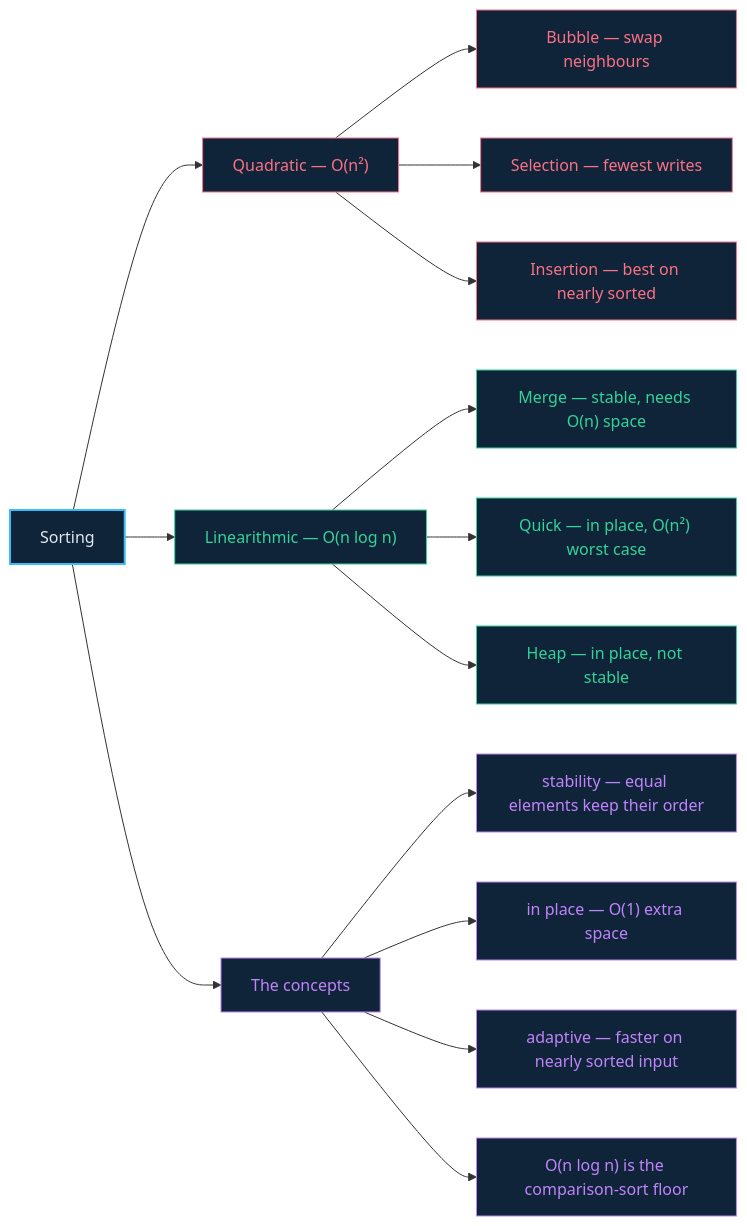
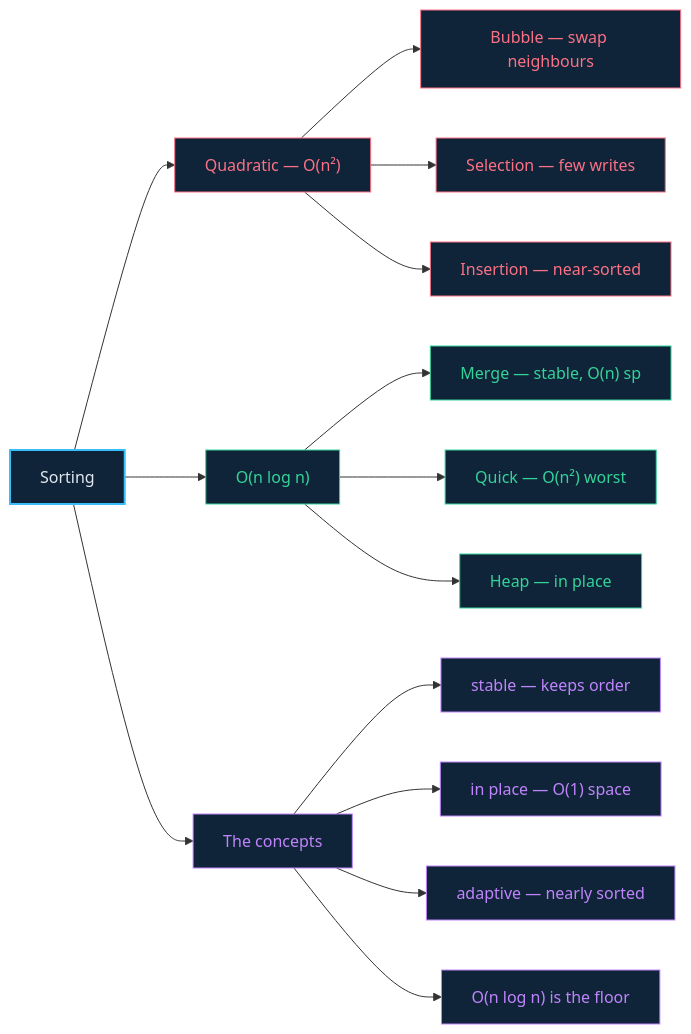
One commit to rajeshgoyalg/Learn-Data-Structures-and-Algorithms-Visually changed the diagram in docs/15-sorting.md. Above: the diagram before and after it, drawn with Mermaid. The commit also changed 21 other files, not shown here.

First line of the commit message:
Shorten every mermaid label so diagrams cannot overflow and clip

````diff
--- a/docs/15-sorting.md
+++ b/docs/15-sorting.md
@@ -61,28 +61,28 @@
 ```mermaid
 flowchart LR
   S["Sorting"] --> Q["Quadratic — O(n²)"]
-  S --> N["Linearithmic — O(n log n)"]
+  S --> N["O(n log n)"]
   S --> C["The concepts"]
 
   Q --> Q1["Bubble — swap neighbours"]
-  Q --> Q2["Selection — fewest writes"]
-  Q --> Q3["Insertion — best on nearly sorted"]
+  Q --> Q2["Selection — few writes"]
+  Q --> Q3["Insertion — near-sorted"]
 
-  N --> N1["Merge — stable, needs O(n) space"]
-  N --> N2["Quick — in place, O(n²) worst case"]
-  N --> N3["Heap — in place, not stable"]
+  N --> N1["Merge — stable, O(n) sp"]
+  N --> N2["Quick — O(n²) worst"]
+  N --> N3["Heap — in place"]
 
-  C --> C1["stability — equal elements keep their order"]
-  C --> C2["in place — O(1) extra space"]
-  C --> C3["adaptive — faster on nearly sorted input"]
-  C --> C4["O(n log n) is the comparison-sort floor"]
+  C --> C1["stable — keeps order"]
+  C --> C2["in place — O(1) space"]
+  C --> C3["adaptive — nearly sorted"]
+  C --> C4["O(n log n) is the floor"]
 
   classDef root fill:#0f2438,stroke:#38bdf8,stroke-width:2px,color:#e2e8f0
   classDef q fill:#0f2438,stroke:#fb7185,color:#fb7185
   classDef n fill:#0f2438,stroke:#34d399,color:#34d399
   classDef c fill:#0f2438,stroke:#c084fc,color:#c084fc
   class S root
   class Q,Q1,Q2,Q3 q
   class N,N1,N2,N3 n
   class C,C1,C2,C3,C4 c
 ```
````
